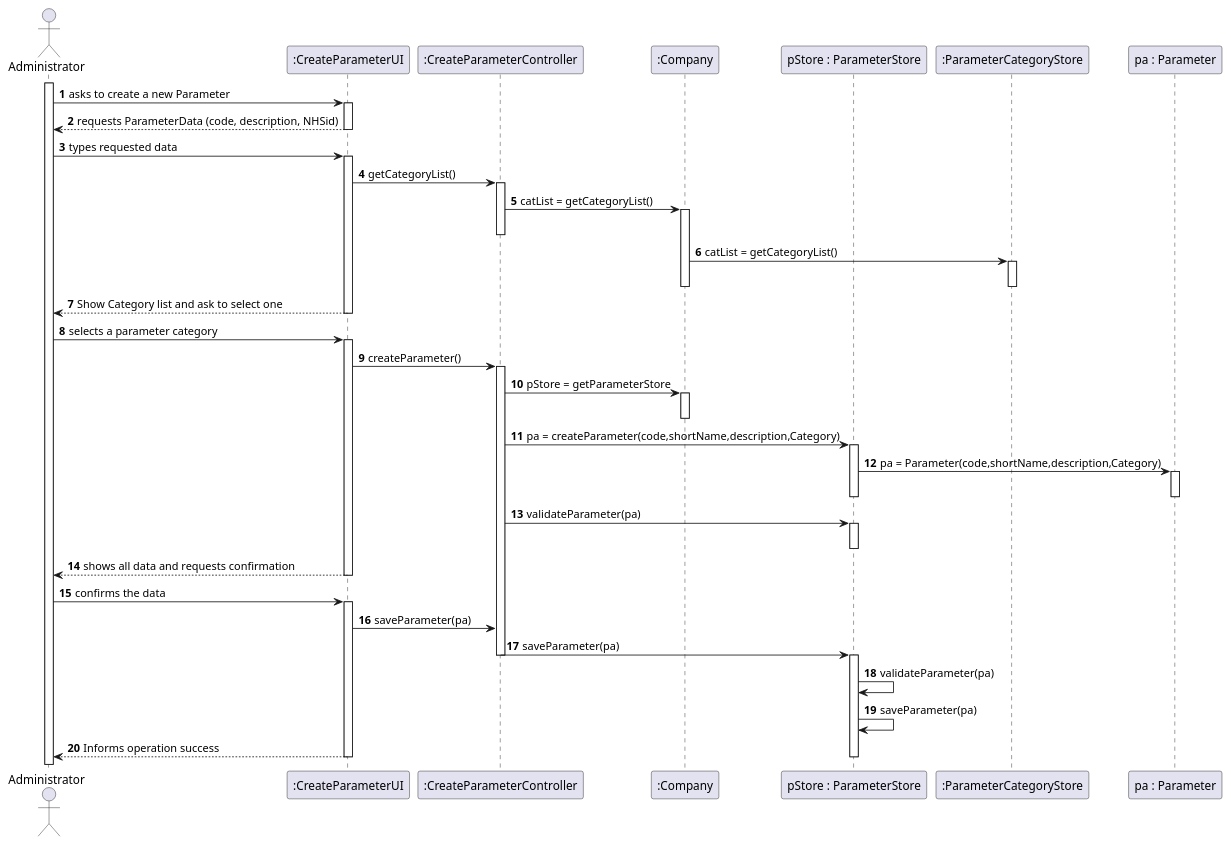
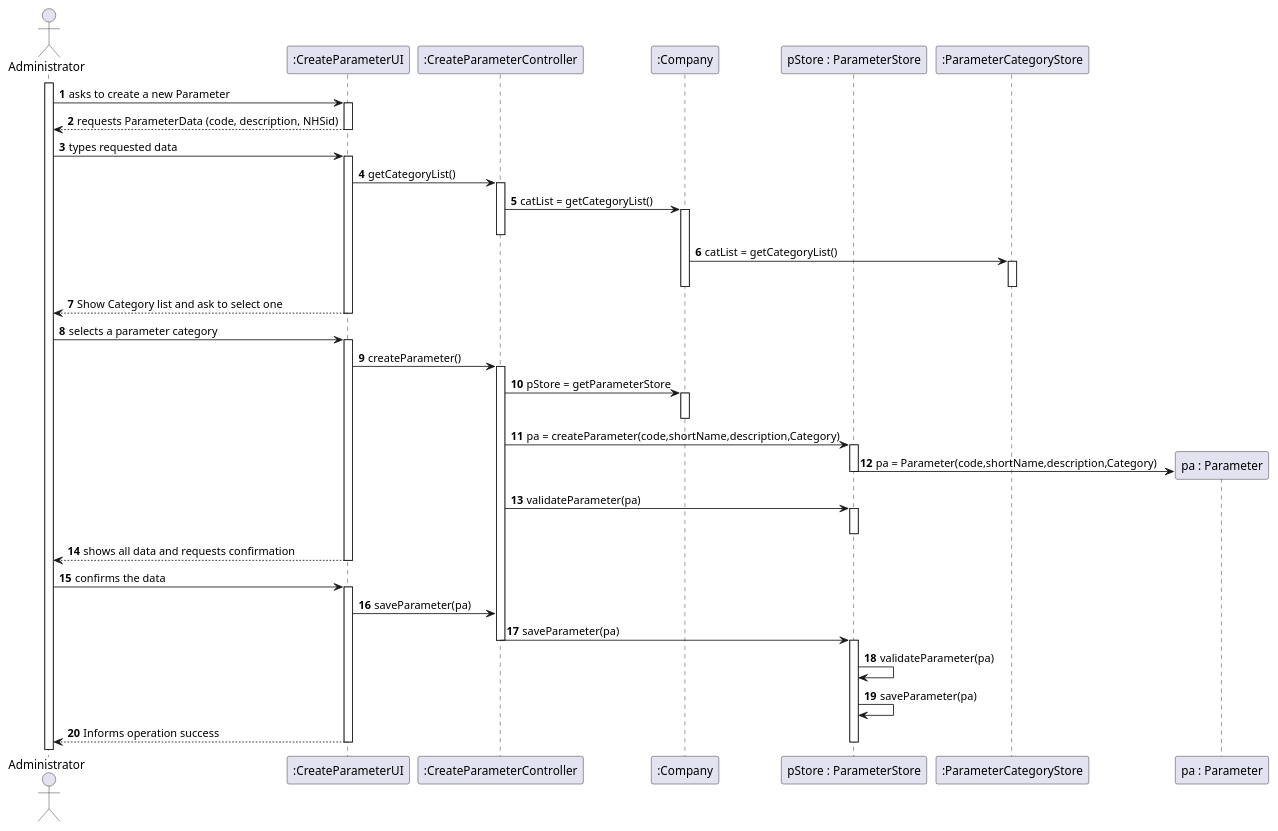
The diagram in docs/SprintB/US10/US10_SD.puml (MarianaCLages/LAPR2), drawn with PlantUML before and after one commit. The commit also changed 12 other files, not shown here.

```diff
--- a/docs/SprintB/US10/US10_SD.puml
+++ b/docs/SprintB/US10/US10_SD.puml
@@ -1,106 +1,105 @@
 @startuml
 autonumber
 'hide footbox
 actor "Administrator" as Administrator
 
 participant ":CreateParameterUI" as UI
 participant ":CreateParameterController" as CTRL
 participant ":Company" as COMPANY
 participant "pStore : ParameterStore" as PARAMETERSTORE
 participant ":ParameterCategoryStore" as CATEGORYSTORE
 participant "pa : Parameter" as PARAMETER
 
 
 activate Administrator
 Administrator -> UI: asks to create a new Parameter
 activate UI
 
 
 
 
 UI --> Administrator :requests ParameterData (code, description, NHSid)
 deactivate UI
 
 
 Administrator -> UI : types requested data
 activate UI
 
 
 
 UI -> CTRL : getCategoryList()
 activate CTRL
 
 
 CTRL -> COMPANY : catList = getCategoryList()
 activate COMPANY
 deactivate CTRL
 
 COMPANY -> CATEGORYSTORE  : catList = getCategoryList()
 activate CATEGORYSTORE
 deactivate COMPANY
 deactivate CATEGORYSTORE
 
 
 
 
 
 
 UI --> Administrator : Show Category list and ask to select one
 deactivate UI
 
 
 
 
 
 Administrator -> UI : selects a parameter category
 activate UI
 
 
 
 
 UI-> CTRL : createParameter()
 activate CTRL
 
 CTRL -> COMPANY : pStore = getParameterStore
 activate COMPANY
 deactivate COMPANY
 CTRL -> PARAMETERSTORE : pa = createParameter(code,shortName,description,Category)
 
 activate PARAMETERSTORE
 
-PARAMETERSTORE -> PARAMETER : pa = Parameter(code,shortName,description,Category)
+PARAMETERSTORE -> PARAMETER ** : pa = Parameter(code,shortName,description,Category)
 
-activate PARAMETER
-deactivate PARAMETER
+
 deactivate PARAMETERSTORE
 CTRL -> PARAMETERSTORE : validateParameter(pa)
 activate PARAMETERSTORE
 deactivate PARAMETERSTORE
 
 UI --> Administrator : shows all data and requests confirmation
 deactivate UI
 
 Administrator -> UI : confirms the data
 activate UI
 
 UI-> CTRL : saveParameter(pa)
 
 CTRL -> PARAMETERSTORE : saveParameter(pa)
 deactivate CTRL
 activate PARAMETERSTORE
 PARAMETERSTORE -> PARAMETERSTORE : validateParameter(pa)
 PARAMETERSTORE -> PARAMETERSTORE : saveParameter(pa)
 
 
 UI --> Administrator : Informs operation success
 deactivate UI
 
 deactivate PARAMETERSTORE
 
 
 
 
 
 
 
 @enduml
```
